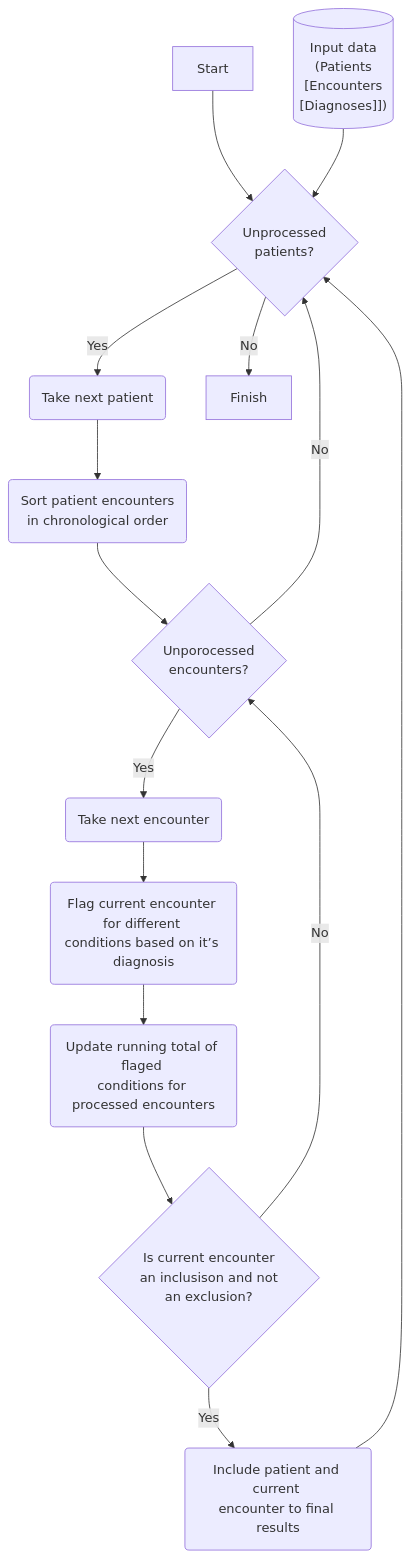
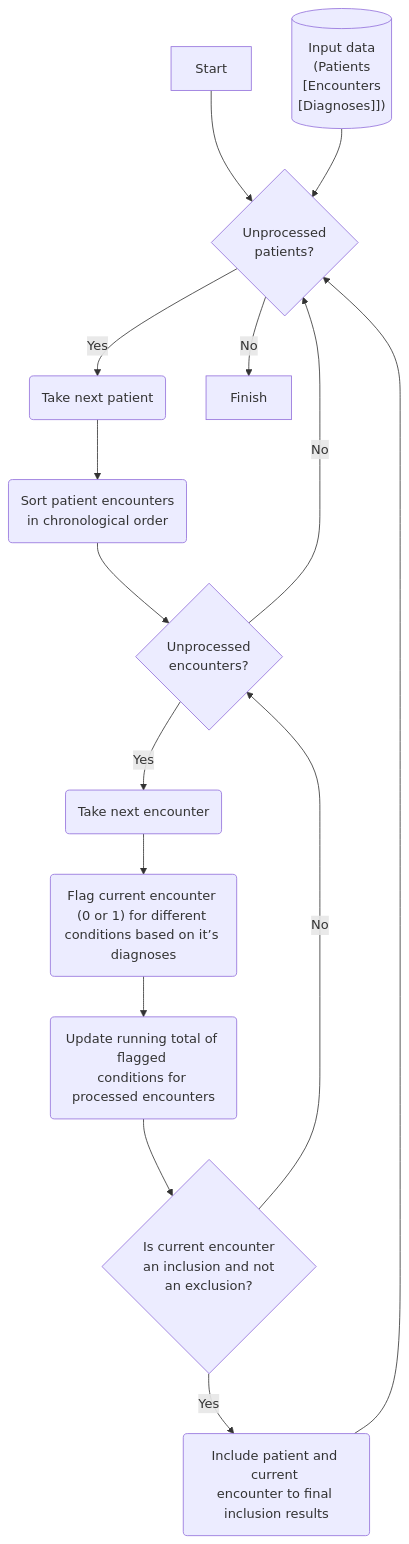
One commit to kgrid-lab/nephroticsyndrome-computablephenotype changed the diagram in README.md. Above: the diagram before and after it, drawn with Mermaid. The commit also changed other lines of this file and 5 other files, not shown here.

````diff
--- a/README.md
+++ b/README.md
@@ -61,17 +62,17 @@
 ```mermaid
 graph TD    
     A[Start] --> B{Unprocessed <br>patients?}
     Input[("Input data <br>(Patients <br>[Encounters <br>[Diagnoses]])")] --> B
     B --> |Yes| C(Take next patient)
     C --> D(Sort patient encounters <br>in chronological order )
-    D --> E{Unporocessed <br>encounters?}
+    D --> E{Unprocessed <br>encounters?}
     E --> |Yes| F(Take next encounter )
-    F --> G("Flag current encounter for different <br>conditions based on it’s diagnosis")
-    G --> H(Update running total of flaged <br>conditions for processed encounters)
-    H --> I{Is current encounter <br>an inclusison and not <br>an exclusion?}
-    I --> |Yes| J(Include patient and current <br>encounter to final results )
+    F --> G("Flag current encounter (0 or 1) for different <br>conditions based on it’s diagnoses")
+    G --> H(Update running total of flagged <br>conditions for processed encounters)
+    H --> I{Is current encounter <br>an inclusion and not <br>an exclusion?}
+    I --> |Yes| J(Include patient and current <br>encounter to final inclusion results )
     I --> |No| E
     J --> B
     E --> |No| B
     B --> |No| K[Finish]
 ```
````
